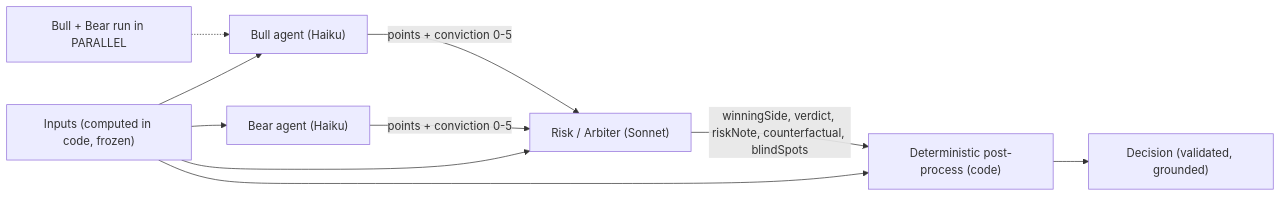
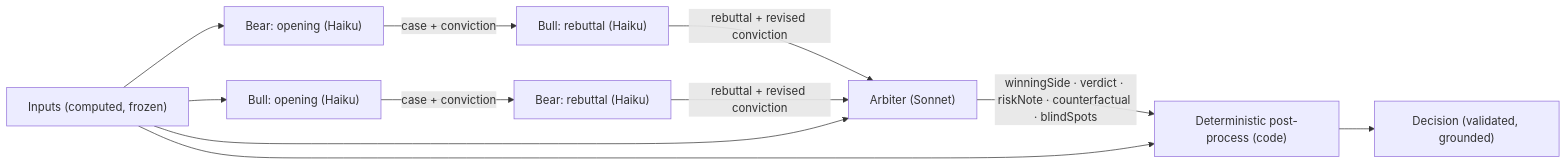
One commit to supawichza40/glassbox changed the diagram in AGENTS.md. Above: the diagram before and after it, drawn with Mermaid. The commit also changed other lines of this file and 1 other file, not shown here.

First line of the commit message:
Agent design: add one rebuttal round (openings -> rebuttals -> Arbiter)

````diff
--- a/AGENTS.md
+++ b/AGENTS.md
@@ -10,12 +13,13 @@
 ```mermaid
 flowchart LR
-    IN["Inputs (computed in code, frozen)"] --> BULL["Bull agent (Haiku)"]
-    IN --> BEAR["Bear agent (Haiku)"]
-    BULL -- "points + conviction 0-5" --> RISK["Risk / Arbiter (Sonnet)"]
-    BEAR -- "points + conviction 0-5" --> RISK
-    IN --> RISK
-    RISK -- "winningSide, verdict, riskNote, counterfactual, blindSpots" --> CODE["Deterministic post-process (code)"]
+    IN["Inputs (computed, frozen)"] --> B1["Bull: opening (Haiku)"]
+    IN --> R1["Bear: opening (Haiku)"]
+    R1 -- "case + conviction" --> B2["Bull: rebuttal (Haiku)"]
+    B1 -- "case + conviction" --> R2["Bear: rebuttal (Haiku)"]
+    B2 -- "rebuttal + revised conviction" --> ARB["Arbiter (Sonnet)"]
+    R2 -- "rebuttal + revised conviction" --> ARB
+    IN --> ARB
+    ARB -- "winningSide · verdict · riskNote · counterfactual · blindSpots" --> CODE["Deterministic post-process (code)"]
     IN --> CODE
     CODE --> DEC["Decision (validated, grounded)"]
-    note1["Bull + Bear run in PARALLEL"] -.-> BULL
 ```
````
